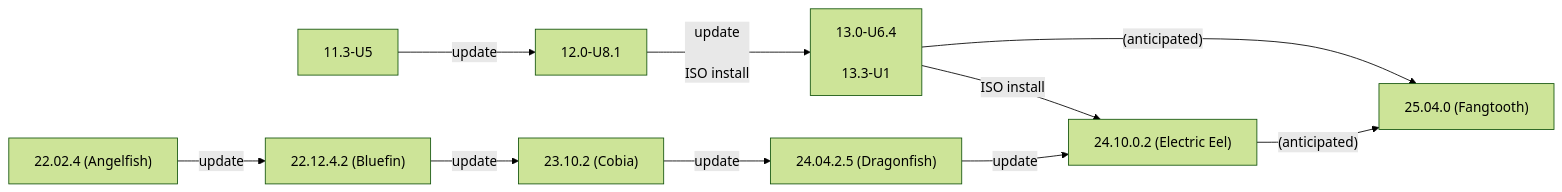
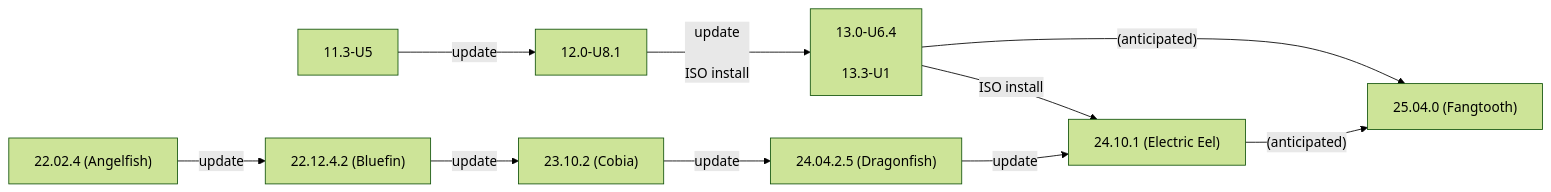
Before and after one commit to truenas/documentation: the first of 2 diagrams in static/includes/SCALEUpgradePaths.md, drawn with Mermaid (forest theme). The commit also changed other lines of this file and 4 other files, not shown here.

```diff
--- a/static/includes/SCALEUpgradePaths.md
+++ b/static/includes/SCALEUpgradePaths.md
@@ -61,13 +61,13 @@
           {{< mermaid class="mermaid_sizing" >}}
           flowchart LR
             A["11.3-U5"] -->|update| B["12.0-U8.1"]
             B -->|"update<br><br>ISO install"| C["13.0-U6.4<br><br>13.3-U1"]
             C -->|ISO install| H
             C -->|"(anticipated)"| I
             D["22.02.4 (Angelfish)"] -->|update| E
             E["22.12.4.2 (Bluefin)"] -->|update| F
             F["23.10.2 (Cobia)"] -->|update| G
             G["24.04.2.5 (Dragonfish)"] -->|update| H
-            H["24.10.0.2 (Electric Eel)"] -->|"(anticipated)"| I
+            H["24.10.1 (Electric Eel)"] -->|"(anticipated)"| I
             I["25.04.0 (Fangtooth)"]
           {{< /mermaid >}}
```
